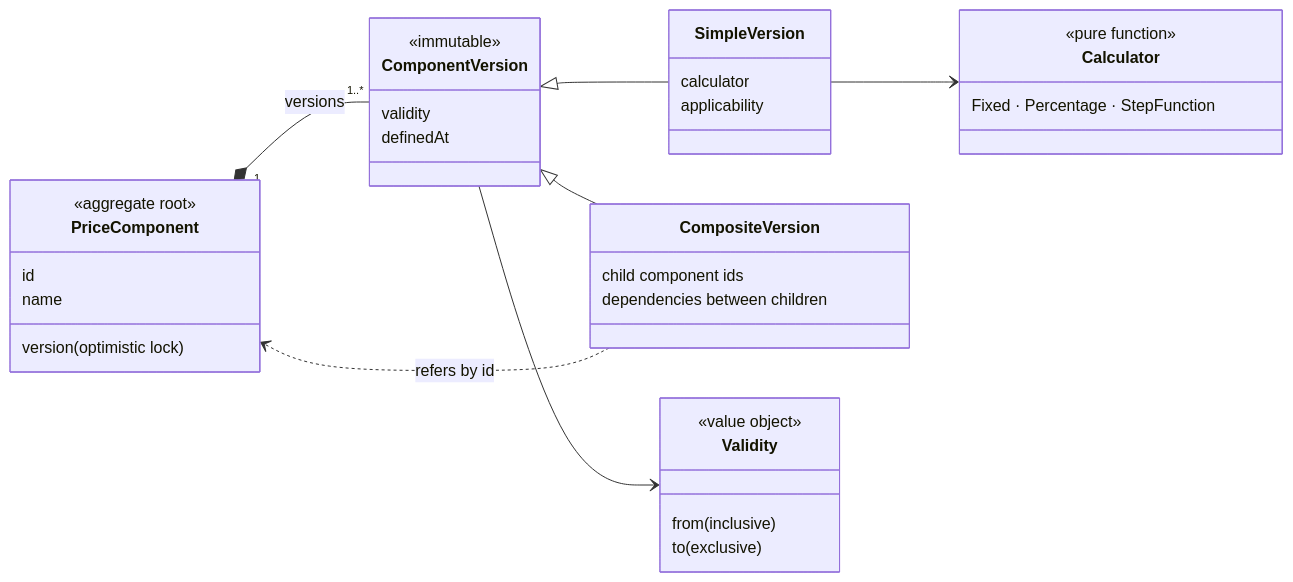
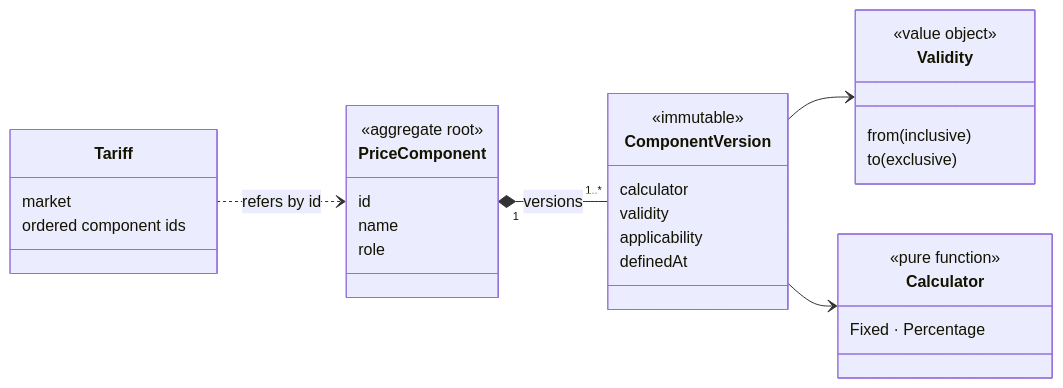
Before and after one commit to dawid-walter/shopper: the first of 2 diagrams in docs/adr/0013-pricecomponent-as-the-aggregate-in-pricing.md, drawn with Mermaid. The commit also changed other lines of this file and 2 other files, not shown here.

First line of the commit message:
docs(adr): append Pricing versions atomically, without optimistic locking (ADR 0013)

````diff
--- a/docs/adr/0013-pricecomponent-as-the-aggregate-in-pricing.md
+++ b/docs/adr/0013-pricecomponent-as-the-aggregate-in-pricing.md
@@ -45,38 +47,34 @@
 ```mermaid
 classDiagram
   direction LR
   class PriceComponent {
     <<aggregate root>>
     id
     name
-    version (optimistic lock)
+    role
   }
   class ComponentVersion {
     <<immutable>>
+    calculator
     validity
+    applicability
     definedAt
-  }
-  class SimpleVersion {
-    calculator
-    applicability
-  }
-  class CompositeVersion {
-    child component ids
-    dependencies between children
   }
   class Validity {
     <<value object>>
     from (inclusive)
     to (exclusive)
   }
   class Calculator {
     <<pure function>>
-    Fixed · Percentage · StepFunction
+    Fixed · Percentage
+  }
+  class Tariff {
+    market
+    ordered component ids
   }
   PriceComponent "1" *-- "1..*" ComponentVersion : versions
-  ComponentVersion <|-- SimpleVersion
-  ComponentVersion <|-- CompositeVersion
   ComponentVersion --> Validity
-  SimpleVersion --> Calculator
-  CompositeVersion ..> PriceComponent : refers by id
+  ComponentVersion --> Calculator
+  Tariff ..> PriceComponent : refers by id
 ```
````
